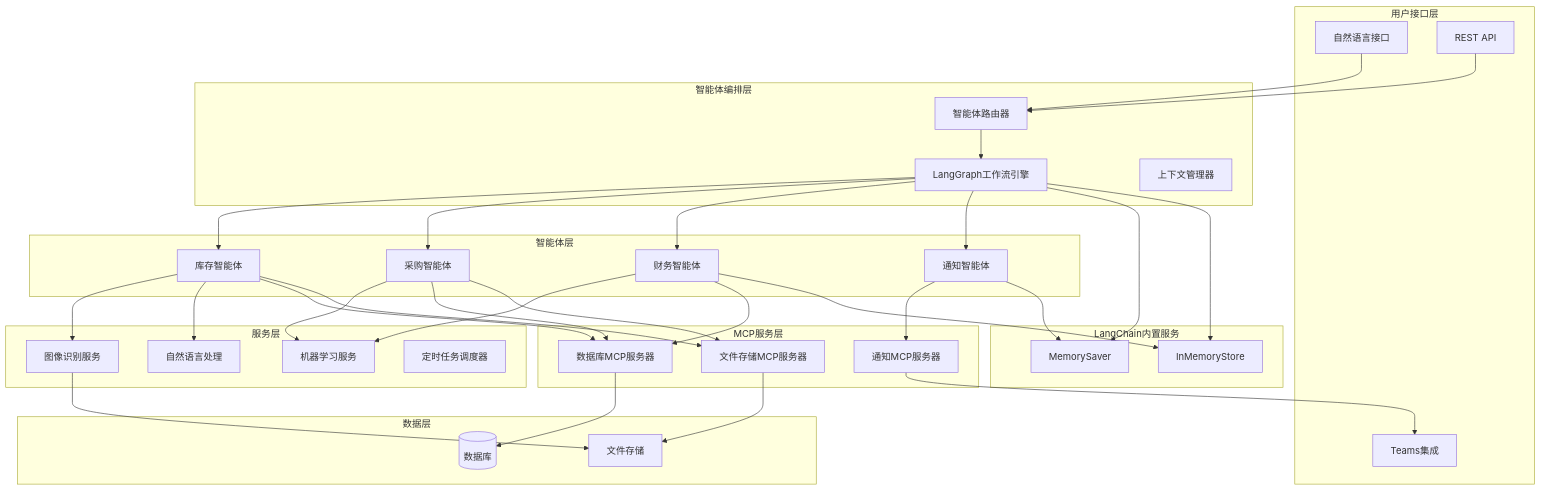
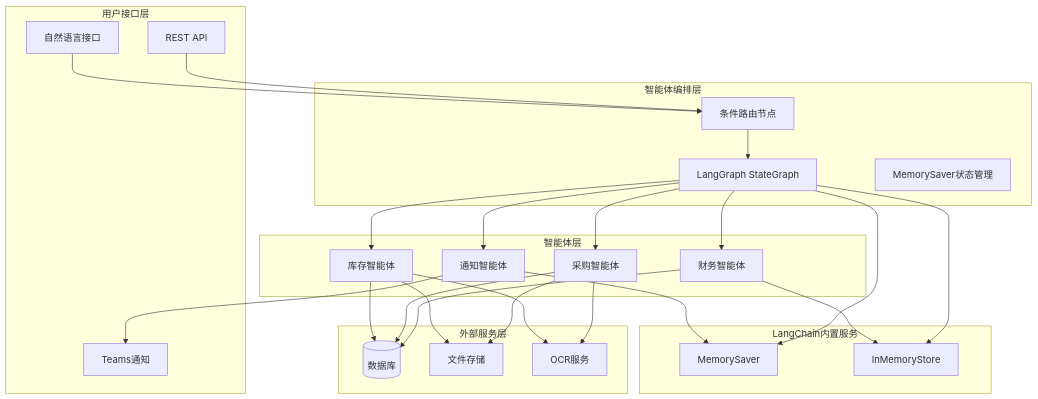
The first of 2 diagrams in .kiro/specs/shopping-assistant-agents/design.md (ZhangYuri/shopping-assistant), drawn with Mermaid before and after one commit. The commit also changed other lines of this file and 32 other files, not shown here.

````diff
--- a/.kiro/specs/shopping-assistant-agents/design.md
+++ b/.kiro/specs/shopping-assistant-agents/design.md
@@ -18,76 +19,56 @@
 ```mermaid
 graph TB
     subgraph "用户接口层"
         UI[自然语言接口]
         API[REST API]
         Teams[Teams集成]
     end
 
     subgraph "智能体编排层"
-        LG[LangGraph工作流引擎]
-        Router[智能体路由器]
-        Context[上下文管理器]
+        LG[LangGraph StateGraph]
+        Router[条件路由节点]
+        Context[MemorySaver状态管理]
     end
 
     subgraph "智能体层"
         IA[库存智能体]
         PA[采购智能体]
         FA[财务智能体]
         NA[通知智能体]
     end
 
-    subgraph "服务层"
-        OCR[图像识别服务]
-        NLP[自然语言处理]
-        ML[机器学习服务]
-        Scheduler[定时任务调度器]
-    end
-
-    subgraph "MCP服务层"
-        MCP_DB[数据库MCP服务器]
-        MCP_FILE[文件存储MCP服务器]
-        MCP_NOTIFY[通知MCP服务器]
-    end
-
     subgraph "LangChain内置服务"
         MEMORY[MemorySaver]
         STORE[InMemoryStore]
     end
 
-    subgraph "数据层"
+    subgraph "外部服务层"
         DB[(数据库)]
         Files[文件存储]
+        OCR[OCR服务]
+        Teams[Teams通知]
     end
 
     UI --> Router
     API --> Router
 
     Router --> LG
     LG --> IA
     LG --> PA
     LG --> FA
     LG --> NA
 
+    IA --> DB
+    IA --> Files
     IA --> OCR
-    IA --> NLP
-    PA --> ML
-    FA --> ML
-
-    IA --> MCP_DB
-    IA --> MCP_FILE
-    PA --> MCP_DB
-    PA --> MCP_FILE
-    FA --> MCP_DB
+    PA --> DB
+    PA --> Files
+    PA --> OCR
+    FA --> DB
     FA --> STORE
-    NA --> MCP_NOTIFY
+    NA --> Teams
     NA --> MEMORY
 
     LG --> MEMORY
     LG --> STORE
-
-    MCP_DB --> DB
-    MCP_FILE --> Files
-    MCP_NOTIFY --> Teams
-
-    OCR --> Files
 ```
````
